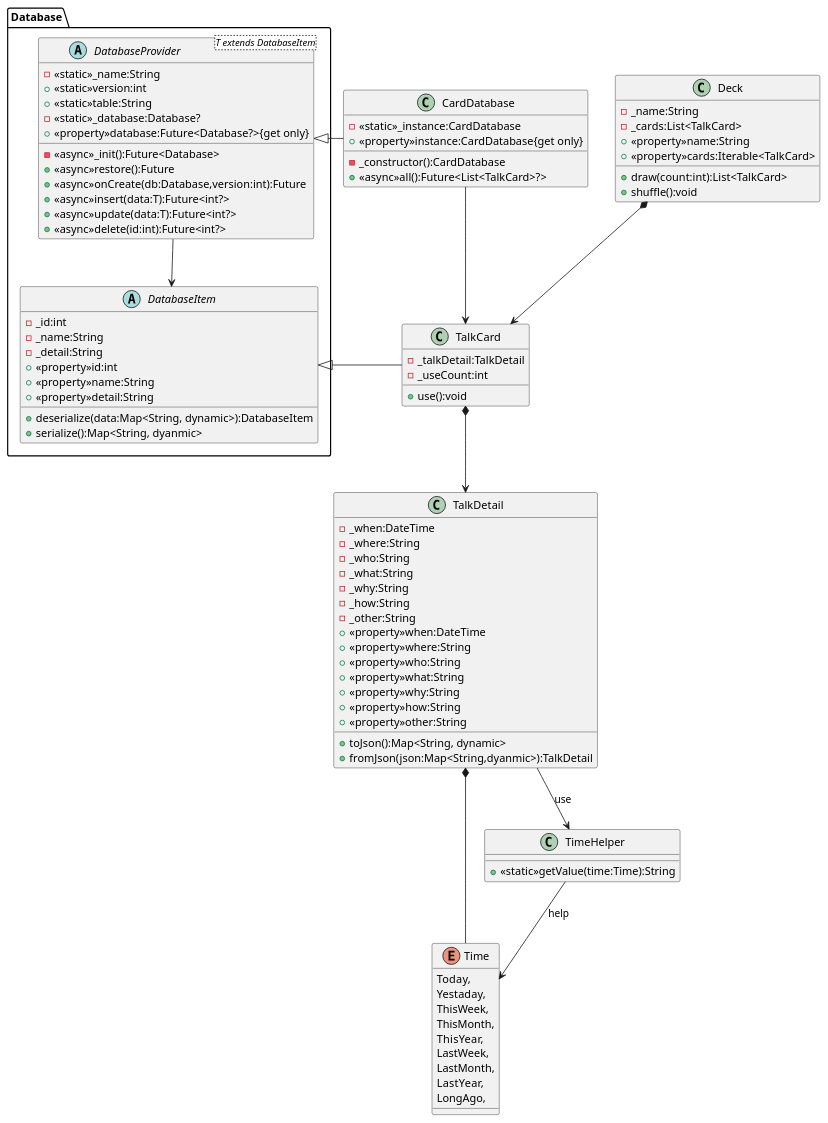
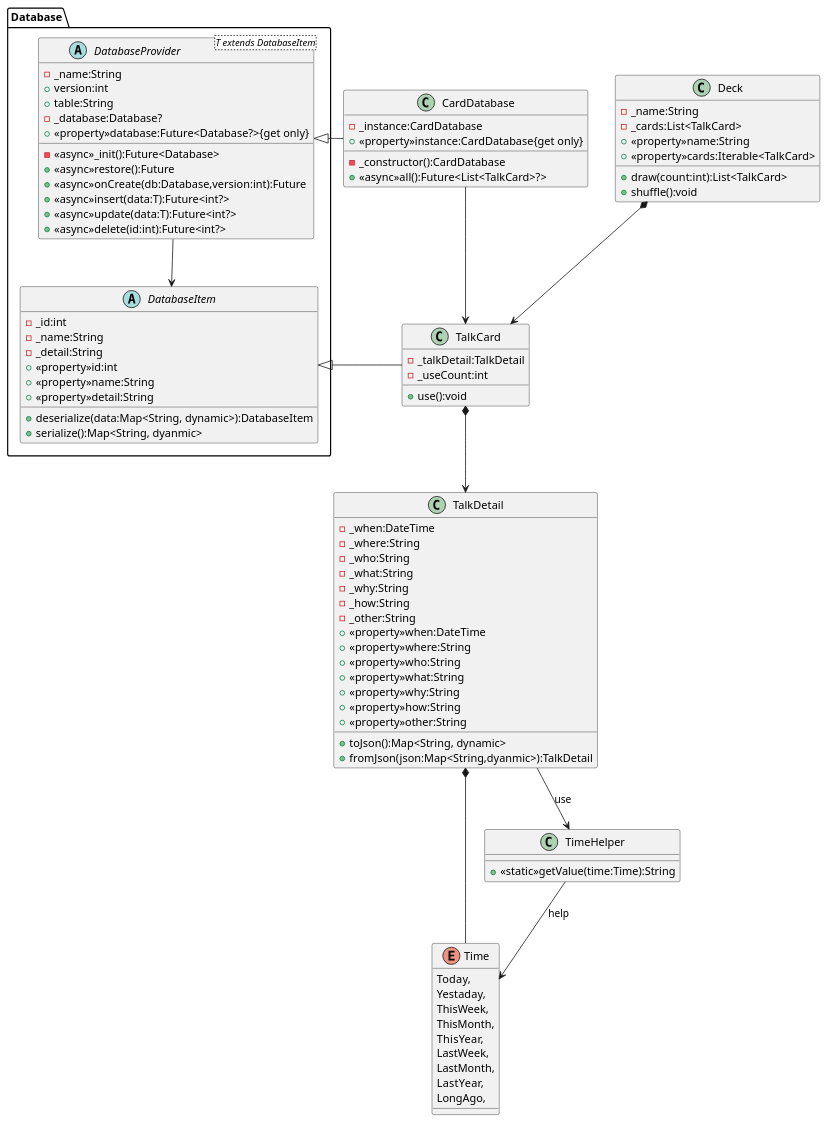
The diagram in classDiagram.pu (nmskm240/conversation_deck), drawn with PlantUML before and after one commit. The commit also changed 2 other files, not shown here.

```diff
--- a/classDiagram.pu
+++ b/classDiagram.pu
@@ -1,101 +1,101 @@
 @startuml Conversation deck cards
 package Database
 {
     abstract DatabaseItem
     {
         -_id:int
         -_name:String
         -_detail:String
         +<<property>>id:int
         +<<property>>name:String
         +<<property>>detail:String
         +deserialize(data:Map<String, dynamic>):DatabaseItem
         +serialize():Map<String, dyanmic>
     }
     abstract DatabaseProvider<T extends DatabaseItem>
     {
-        -<<static>>_name:String
-        +<<static>>version:int
-        +<<static>>table:String
-        -<<static>>_database:Database?
+        -_name:String
+        +version:int
+        +table:String
+        -_database:Database?
         +<<property>>database:Future<Database?>{get only}
         -<<async>>_init():Future<Database>
         +<<async>>restore():Future
         +<<async>>onCreate(db:Database,version:int):Future
         +<<async>>insert(data:T):Future<int?>
         +<<async>>update(data:T):Future<int?>
         +<<async>>delete(id:int):Future<int?>
     }
 }
 class CardDatabase
 {
-    -<<static>>_instance:CardDatabase
+    -_instance:CardDatabase
     +<<property>>instance:CardDatabase{get only}
     -_constructor():CardDatabase
     +<<async>>all():Future<List<TalkCard>?>
 }
 class Deck
 {
     -_name:String
     -_cards:List<TalkCard>
     +<<property>>name:String
     +<<property>>cards:Iterable<TalkCard>
     +draw(count:int):List<TalkCard>
     +shuffle():void
 }
 class TalkCard
 {
     -_talkDetail:TalkDetail
     -_useCount:int
     +use():void
 }
 class TalkDetail
 {
     -_when:DateTime
     -_where:String
     -_who:String
     -_what:String
     -_why:String
     -_how:String
     -_other:String
     +<<property>>when:DateTime
     +<<property>>where:String
     +<<property>>who:String
     +<<property>>what:String
     +<<property>>why:String
     +<<property>>how:String
     +<<property>>other:String
     +toJson():Map<String, dynamic>
     +fromJson(json:Map<String,dyanmic>):TalkDetail
 }
 enum Time
 {
     Today,
     Yestaday,
     ThisWeek,
     ThisMonth,
     ThisYear,
     LastWeek,
     LastMonth,
     LastYear,
     LongAgo,
 }
 class TimeHelper
 {
     +<<static>>getValue(time:Time):String
 }
 
 DatabaseProvider --> DatabaseItem
 CardDatabase --> TalkCard
 
 CardDatabase -left-|> DatabaseProvider
 TalkCard -left-|> DatabaseItem
 TimeHelper --> Time :help
 TalkDetail --> TimeHelper : use
 
 TalkDetail *-- Time
 
 TalkCard *--> TalkDetail
 Deck *--> TalkCard
 
 @enduml
```
